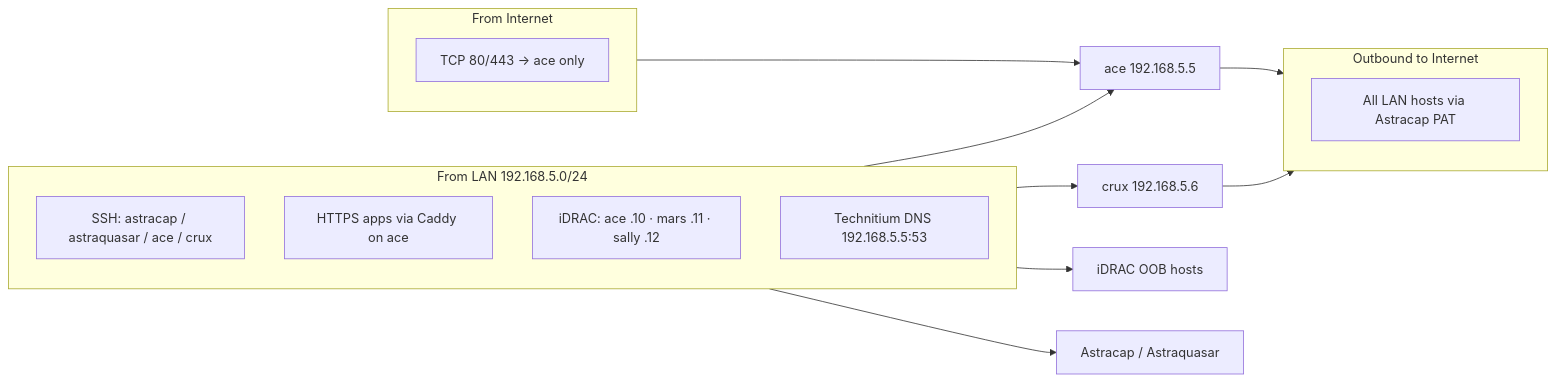
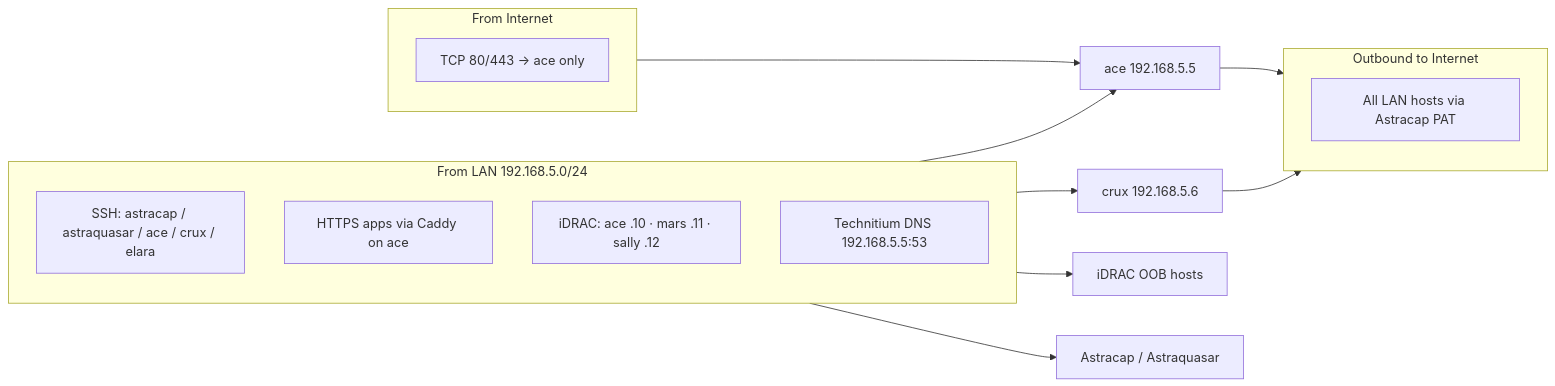
The second of 3 diagrams in docs/network-topology.md (PrestonHager/nixos-configs), drawn with Mermaid before and after one commit. The commit also changed other lines of this file and 25 other files, not shown here.

````diff
--- a/docs/network-topology.md
+++ b/docs/network-topology.md
@@ -116,25 +116,25 @@
 ```mermaid
 flowchart LR
   subgraph PubZ["From Internet"]
     W80["TCP 80/443 → ace only"]
   end
 
   subgraph LanZ["From LAN 192.168.5.0/24"]
-    L1["SSH: astracap / astraquasar / ace / crux"]
+    L1["SSH: astracap / astraquasar / ace / crux / elara"]
     L2["HTTPS apps via Caddy on ace"]
     L3["iDRAC: ace .10 · mars .11 · sally .12"]
     L4["Technitium DNS 192.168.5.5:53"]
   end
 
   subgraph OutZ["Outbound to Internet"]
     PAT["All LAN hosts via Astracap PAT"]
   end
 
   PubZ --> AceNode["ace 192.168.5.5"]
   LanZ --> AceNode
   LanZ --> CruxNode["crux 192.168.5.6"]
   LanZ --> IdNodes["iDRAC OOB hosts"]
   LanZ --> EdgeNode["Astracap / Astraquasar"]
   AceNode --> OutZ
   CruxNode --> OutZ
 ```
````
